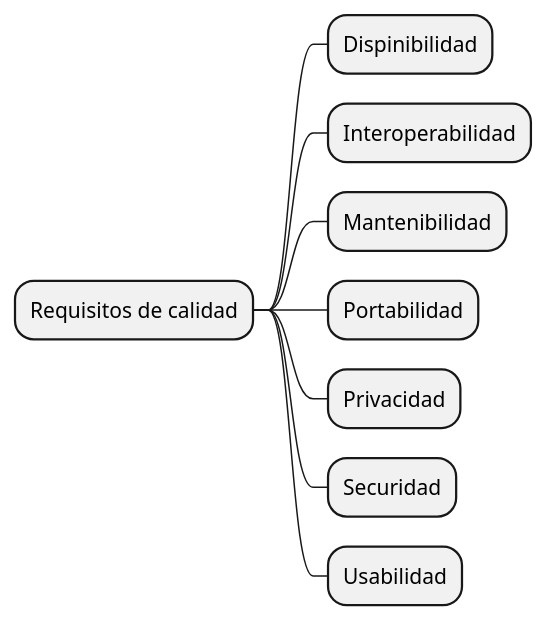
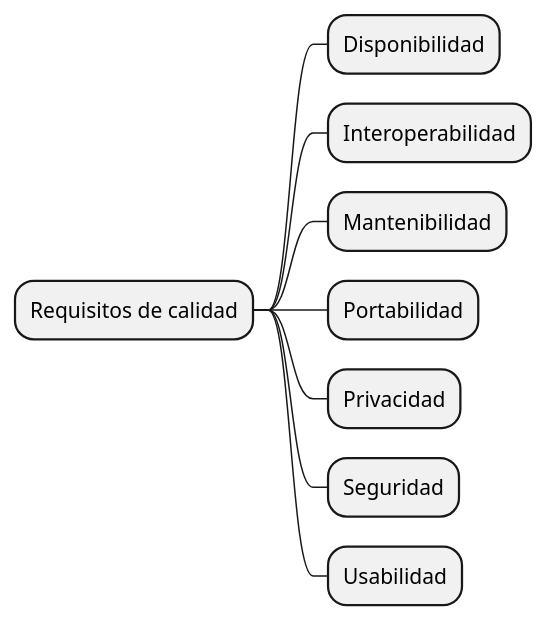
Before and after one commit to Arquisoft/Arquisoft-dede_es_02b: the diagram in docs/10_quality_scenarios.adoc, drawn with PlantUML. The commit also changed other lines of this file and 2 other files, not shown here.

Commit message:
hotfix - Correcciones en los escenarios de calidad

```diff
--- a/docs/10_quality_scenarios.adoc
+++ b/docs/10_quality_scenarios.adoc
@@ -9,15 +9,15 @@
 [plantuml,calidad,png]
 ----
 @startmindmap
 
 * Requisitos de calidad
-** Dispinibilidad
+** Disponibilidad
 ** Interoperabilidad
 ** Mantenibilidad
 ** Portabilidad
 ** Privacidad
-** Securidad
+** Seguridad
 ** Usabilidad
 
 @endmindmap
 ----
```
